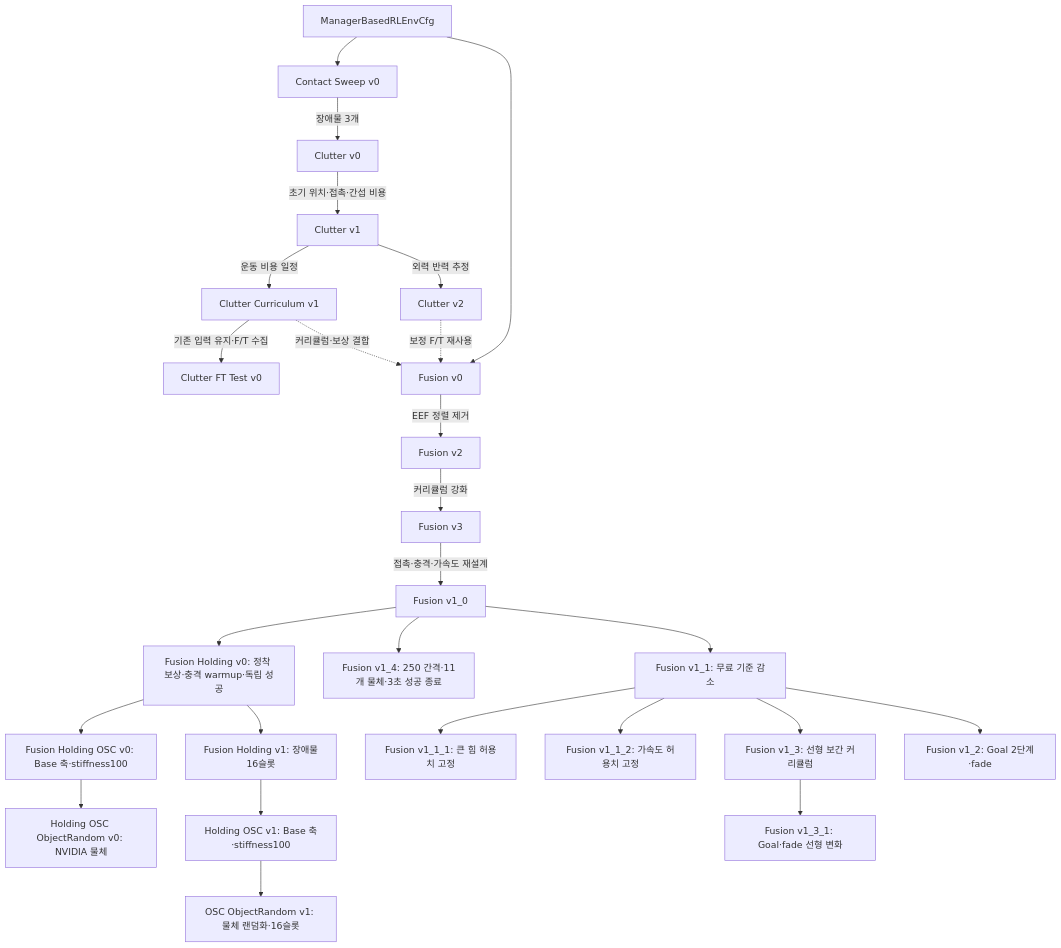
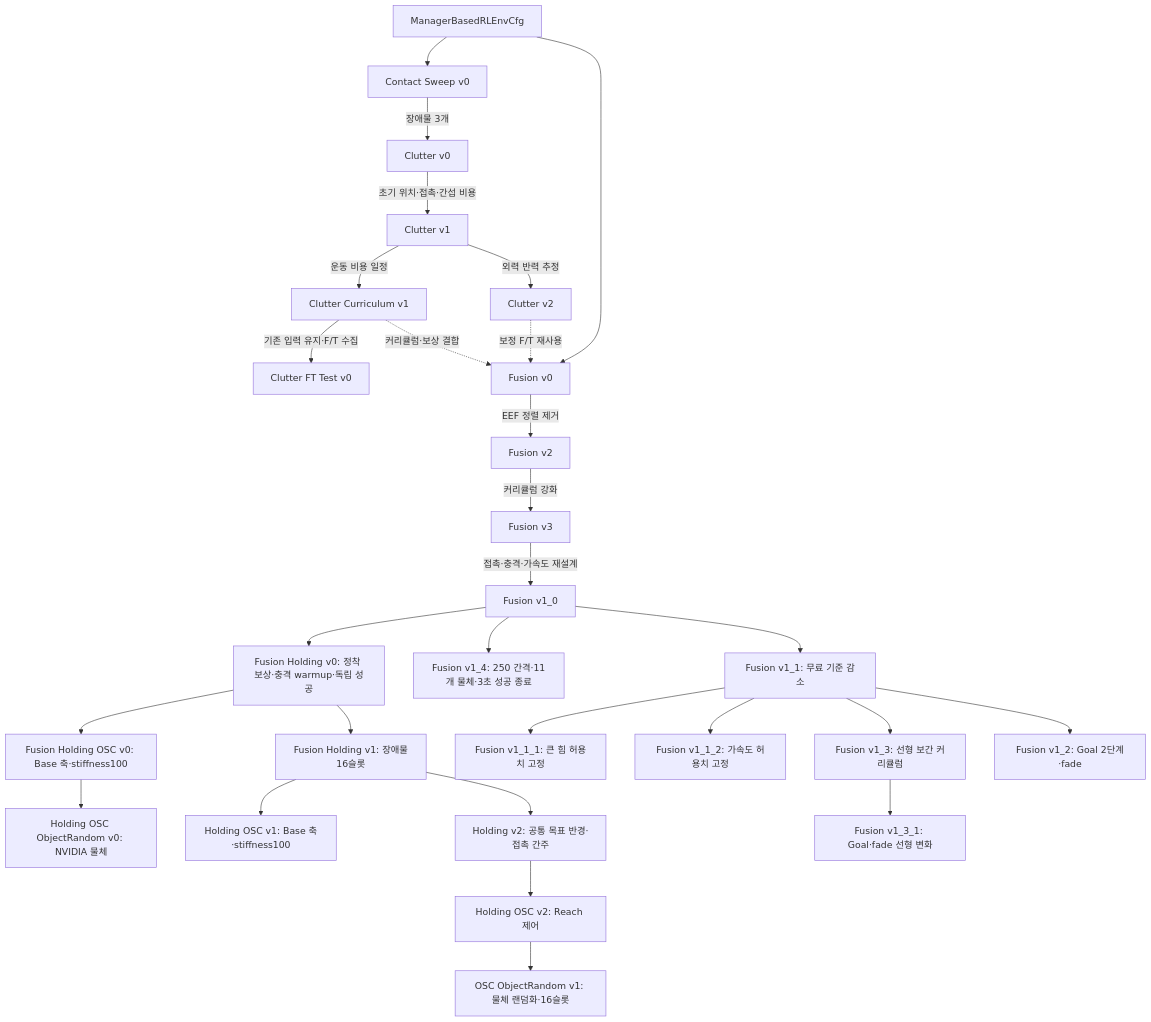
One commit to 7cmdehdrb/Contact-Rich-Manipulation-Context changed the fourth of 4 diagrams in 02_implementation/environments/ENVIRONMENT_EVOLUTION.md. Above: the diagram before and after it, drawn with Mermaid. The commit also changed other lines of this file and 8 other files, not shown here.

````diff
--- a/02_implementation/environments/ENVIRONMENT_EVOLUTION.md
+++ b/02_implementation/environments/ENVIRONMENT_EVOLUTION.md
@@ -115,39 +115,41 @@
 ```mermaid
 flowchart TD
     M["ManagerBasedRLEnvCfg"]
     C["Contact Sweep v0"]
     C0["Clutter v0"]
     C1["Clutter v1"]
     CC["Clutter Curriculum v1"]
     C2["Clutter v2"]
     FT["Clutter FT Test v0"]
     F0["Fusion v0"]
     F2["Fusion v2"]
     F3["Fusion v3"]
     F10["Fusion v1_0"]
     F10 --> FH["Fusion Holding v0: 정착 보상·충격 warmup·독립 성공"]
     FH --> FHO["Fusion Holding OSC v0: Base 축·stiffness100"]
     FHO --> FHOR["Holding OSC ObjectRandom v0: NVIDIA 물체"]
     FH --> FH1["Fusion Holding v1: 장애물16슬롯"]
     FH1 --> FHO1["Holding OSC v1: Base 축·stiffness100"]
-    FHO1 --> FHOR1["OSC ObjectRandom v1: 물체 랜덤화·16슬롯"]
+    FH1 --> FH2["Holding v2: 공통 목표 반경·접촉 간주"]
+    FH2 --> FHO2["Holding OSC v2: Reach 제어"]
+    FHO2 --> FHOR1["OSC ObjectRandom v1: 물체 랜덤화·16슬롯"]
     F10 --> F14["Fusion v1_4: 250 간격·11개 물체·3초 성공 종료"]
     F10 --> F11["Fusion v1_1: 무료 기준 감소"]
     F11 --> F111["Fusion v1_1_1: 큰 힘 허용치 고정"]
     F11 --> F112["Fusion v1_1_2: 가속도 허용치 고정"]
     F11 --> F13["Fusion v1_3: 선형 보간 커리큘럼"]
     F13 --> F131["Fusion v1_3_1: Goal·fade 선형 변화"]
     F11 --> F12["Fusion v1_2: Goal 2단계·fade"]
     M --> C
     C -->|"장애물 3개"| C0
     C0 -->|"초기 위치·접촉·간섭 비용"| C1
     C1 -->|"운동 비용 일정"| CC
     C1 -->|"외력 반력 추정"| C2
     CC -->|"기존 입력 유지·F/T 수집"| FT
     M --> F0
     CC -. "커리큘럼·보상 결합" .-> F0
     C2 -. "보정 F/T 재사용" .-> F0
     F0 -->|"EEF 정렬 제거"| F2
     F2 -->|"커리큘럼 강화"| F3
     F3 -->|"접촉·충격·가속도 재설계"| F10
 ```
````
